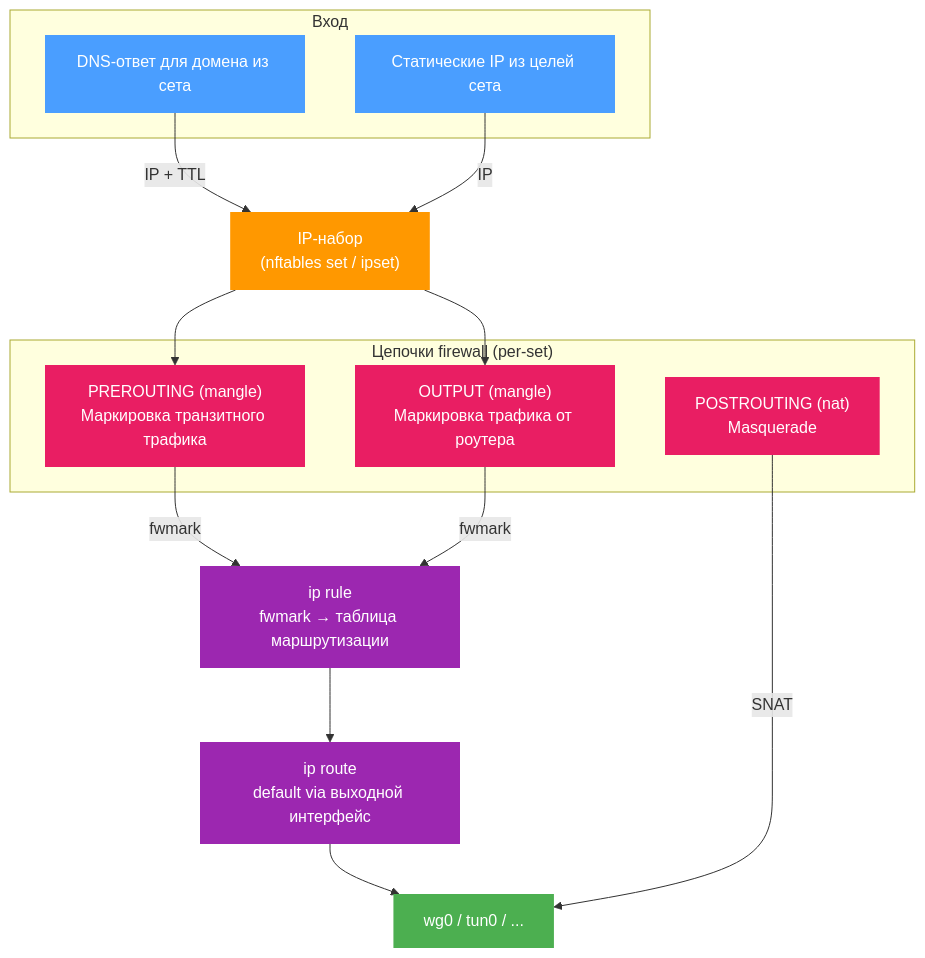
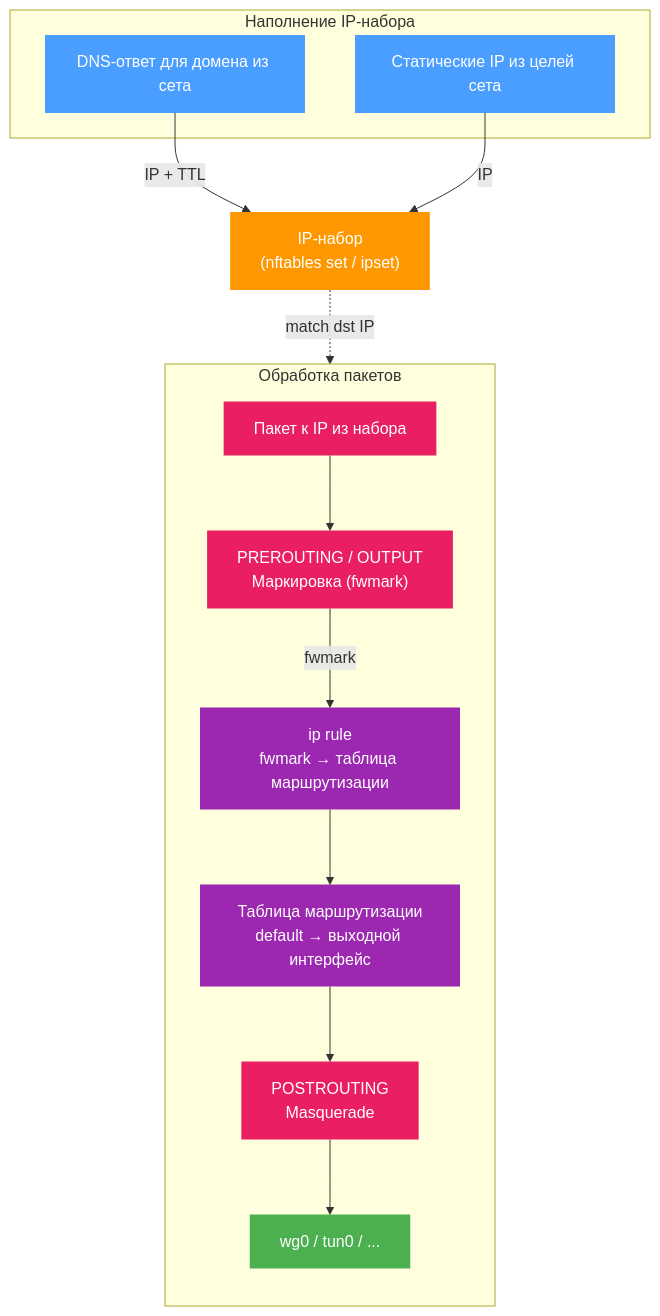
The second of 2 diagrams in docs/docs/sets/routing.md (AlexTransit/b4), drawn with Mermaid before and after one commit. The commit also changed other lines of this file and 1 other file, not shown here.

Commit message:
Refactor code structure for improved readability and maintainability

````diff
--- a/docs/docs/sets/routing.md
+++ b/docs/docs/sets/routing.md
@@ -75,34 +75,37 @@
 ```mermaid
 flowchart TB
-    subgraph Вход
+    subgraph fill ["Наполнение IP-набора"]
         DNS["DNS-ответ для домена из сета"]
         STATIC["Статические IP из целей сета"]
     end
 
     DNS -->|"IP + TTL"| IPSET["IP-набор<br/>(nftables set / ipset)"]
     STATIC -->|"IP"| IPSET
 
-    subgraph Firewall ["Цепочки firewall (per-set)"]
-        PRE["PREROUTING (mangle)<br/>Маркировка транзитного трафика"]
-        OUT["OUTPUT (mangle)<br/>Маркировка трафика от роутера"]
-        POST["POSTROUTING (nat)<br/>Masquerade"]
+    subgraph pkt ["Обработка пакетов"]
+        direction TB
+        MATCH["Пакет к IP из набора"]
+        MARK["PREROUTING / OUTPUT<br/>Маркировка (fwmark)"]
+        RULE["ip rule<br/>fwmark → таблица маршрутизации"]
+        ROUTE["Таблица маршрутизации<br/>default → выходной интерфейс"]
+        MASQ["POSTROUTING<br/>Masquerade"]
+        IFACE["wg0 / tun0 / ..."]
     end
 
-    IPSET --> PRE
-    IPSET --> OUT
-    PRE -->|"fwmark"| RULE["ip rule<br/>fwmark → таблица маршрутизации"]
-    OUT -->|"fwmark"| RULE
-    RULE --> ROUTE["ip route<br/>default via выходной интерфейс"]
-    ROUTE --> IFACE["wg0 / tun0 / ..."]
-    POST -->|"SNAT"| IFACE
+    IPSET -.->|"match dst IP"| MARK
+    MATCH --> MARK
+    MARK -->|"fwmark"| RULE
+    RULE --> ROUTE
+    ROUTE --> MASQ
+    MASQ --> IFACE
 
     style DNS fill:#4a9eff,color:#fff,stroke:none
     style STATIC fill:#4a9eff,color:#fff,stroke:none
     style IPSET fill:#ff9800,color:#fff,stroke:none
-    style PRE fill:#e91e63,color:#fff,stroke:none
-    style OUT fill:#e91e63,color:#fff,stroke:none
-    style POST fill:#e91e63,color:#fff,stroke:none
+    style MATCH fill:#e91e63,color:#fff,stroke:none
+    style MARK fill:#e91e63,color:#fff,stroke:none
+    style MASQ fill:#e91e63,color:#fff,stroke:none
     style RULE fill:#9c27b0,color:#fff,stroke:none
     style ROUTE fill:#9c27b0,color:#fff,stroke:none
     style IFACE fill:#4caf50,color:#fff,stroke:none
 ```
````
